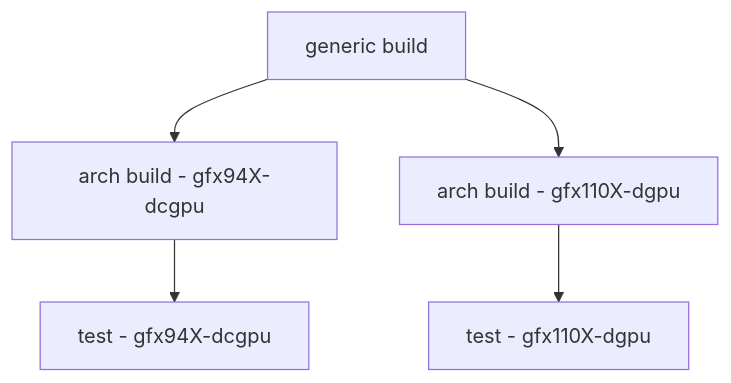
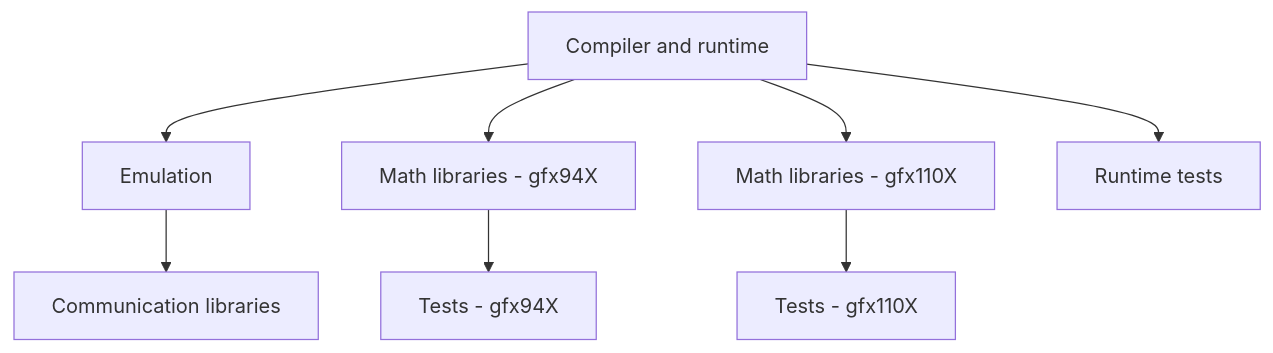
Before and after one commit to ROCm/TheRock: the first of 3 diagrams in docs/development/ci_overview.md, drawn with Mermaid. The commit also changed other lines of this file and 5 other files, not shown here.

Commit message:
[rocjitsu] Move rocjitsu tests out of compiler-runtime

````diff
--- a/docs/development/ci_overview.md
+++ b/docs/development/ci_overview.md
@@ -19,7 +22,10 @@
 ```mermaid
 graph TD
-    A[generic build] --> B1[arch build - gfx94X-dcgpu]
-    A[generic build] --> B2[arch build - gfx110X-dgpu]
-    B1 --> C[test - gfx94X-dcgpu]
-    B2 --> D[test - gfx110X-dgpu]
+    compilerRuntime[Compiler and runtime] --> emulation[Emulation]
+    compilerRuntime --> mathGfx94X[Math libraries - gfx94X]
+    compilerRuntime --> mathGfx110X[Math libraries - gfx110X]
+    compilerRuntime --> runtimeTests[Runtime tests]
+    emulation --> commLibraries[Communication libraries]
+    mathGfx94X --> testGfx94X[Tests - gfx94X]
+    mathGfx110X --> testGfx110X[Tests - gfx110X]
 ```
````
